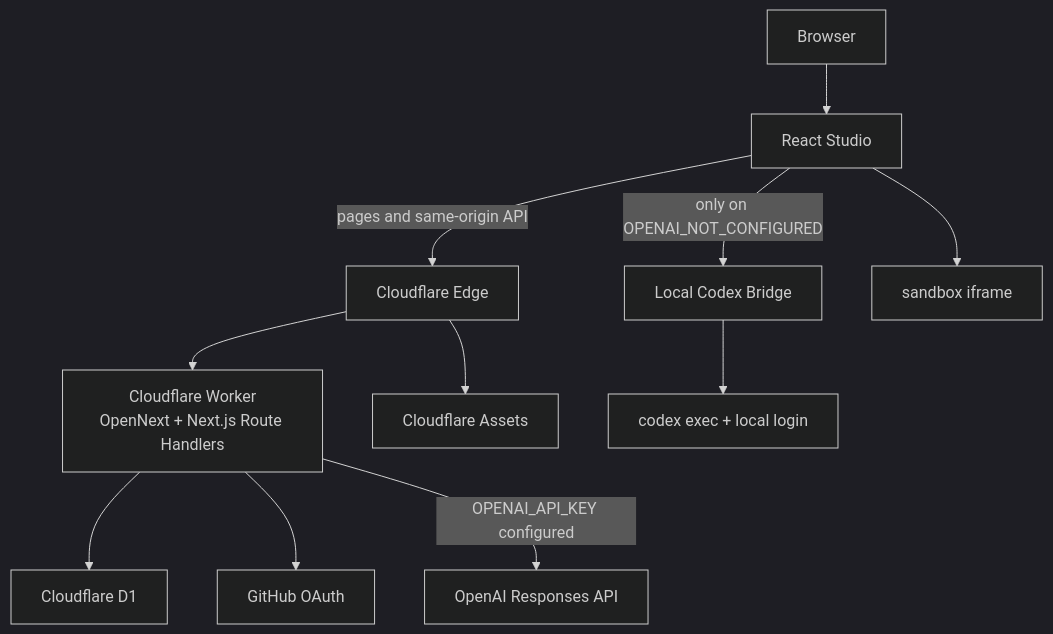
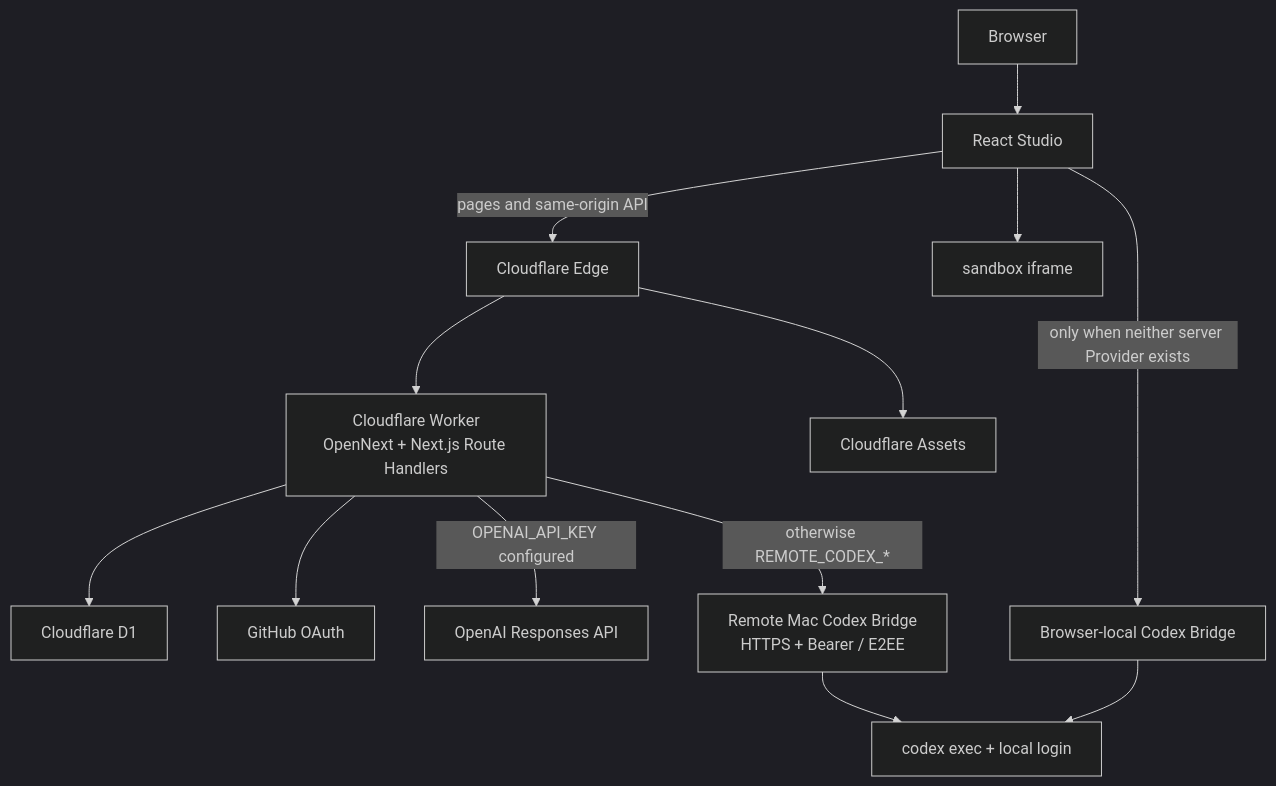
Before and after one commit to chanceflying/chance-atoms-demo: the diagram in INTERVIEW.md, drawn with Mermaid (dark theme). The commit also changed other lines of this file and 13 other files, not shown here.

Commit message:
Add encrypted remote Codex provider

```diff
--- a/INTERVIEW.md
+++ b/INTERVIEW.md
@@ -214,25 +224,28 @@
 ~~~mermaid
 flowchart TD
     Browser["Browser"]
     Studio["React Studio"]
     Edge["Cloudflare Edge"]
     Worker["Cloudflare Worker<br/>OpenNext + Next.js Route Handlers"]
     Assets["Cloudflare Assets"]
     D1["Cloudflare D1"]
     Github["GitHub OAuth"]
     OpenAI["OpenAI Responses API"]
-    Bridge["Local Codex Bridge"]
+    RemoteBridge["Remote Mac Codex Bridge<br/>HTTPS + Bearer / E2EE"]
+    LocalBridge["Browser-local Codex Bridge"]
     Codex["codex exec + local login"]
     Preview["sandbox iframe"]
 
     Browser --> Studio
     Studio -->|"pages and same-origin API"| Edge
     Edge --> Assets
     Edge --> Worker
     Worker --> D1
     Worker --> Github
     Worker -->|"OPENAI_API_KEY configured"| OpenAI
-    Studio -->|"only on OPENAI_NOT_CONFIGURED"| Bridge
-    Bridge --> Codex
+    Worker -->|"otherwise REMOTE_CODEX_*"| RemoteBridge
+    Studio -->|"only when neither server Provider exists"| LocalBridge
+    RemoteBridge --> Codex
+    LocalBridge --> Codex
     Studio --> Preview
 ~~~
```
